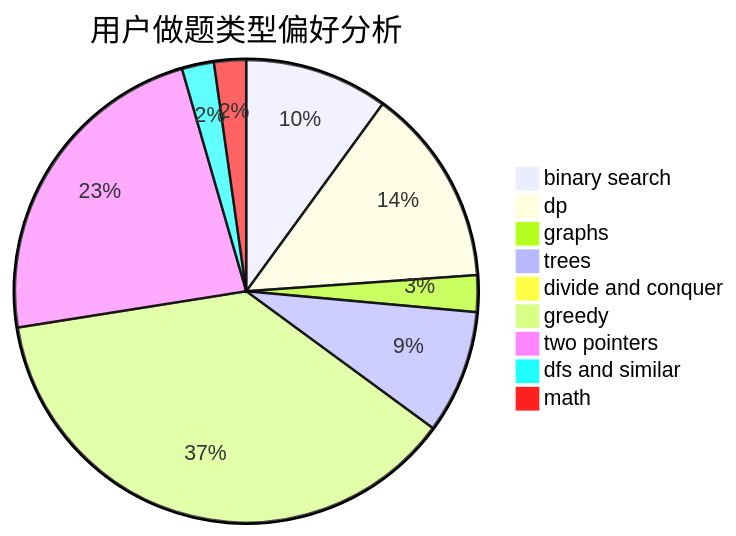
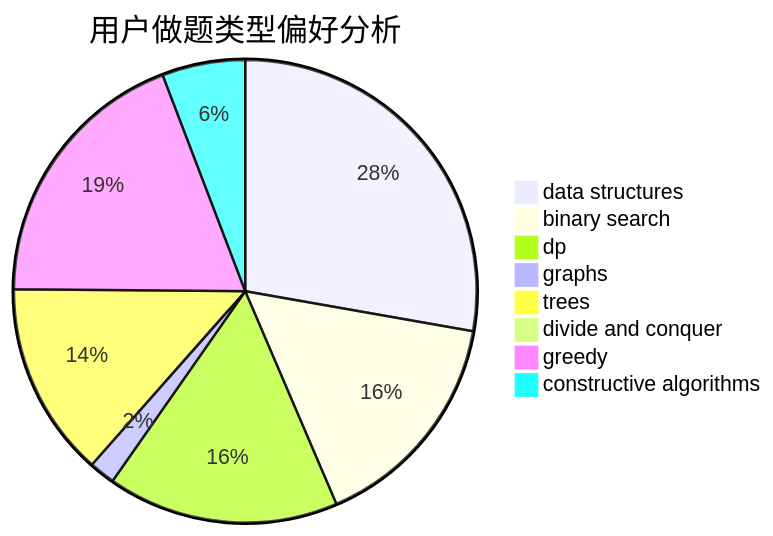
One commit to sherpahu/cfrs.github.io changed the second of 3 diagrams in docs/user/u477.md. Above: the diagram before and after it, drawn with Mermaid. The commit also changed other lines of this file and 2775 other files, not shown here.

````diff
--- a/docs/user/u477.md
+++ b/docs/user/u477.md
@@ -23,12 +23,11 @@
 ```mermaid
 pie title 用户做题类型偏好分析
-    "binary search" :  94
-    "dp" :  130
-    "graphs" :  24
-    "trees" :  81
+    "data structures" :  153
+    "binary search" :  87
+    "dp" :  89
+    "graphs" :  10
+    "trees" :  75
     "divide and conquer" :  0
-    "greedy" :  351
-    "two pointers" :  216
-    "dfs and similar" :  21
-    "math" :  21
+    "greedy" :  105
+    "constructive algorithms" :  32
 ```
````
